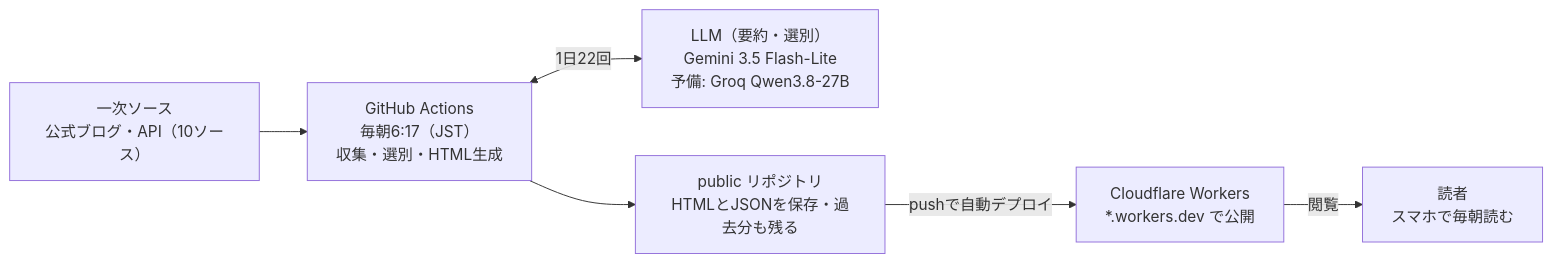
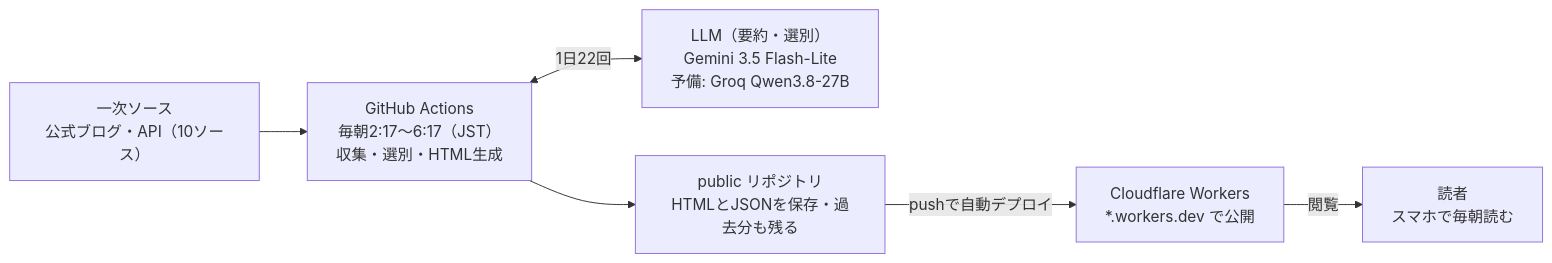
One commit to appdevelopmentworks/ohayo-ai changed the diagram in docs/requirements.md. Above: the diagram before and after it, drawn with Mermaid. The commit also changed other lines of this file and 7 other files, not shown here.

````diff
--- a/docs/requirements.md
+++ b/docs/requirements.md
@@ -17,8 +17,8 @@
 ```mermaid
 flowchart LR
-  S["一次ソース<br>公式ブログ・API（10ソース）"] --> A["GitHub Actions<br>毎朝6:17（JST）<br>収集・選別・HTML生成"]
+  S["一次ソース<br>公式ブログ・API（10ソース）"] --> A["GitHub Actions<br>毎朝2:17〜6:17（JST）<br>収集・選別・HTML生成"]
   A <-->|1日22回| L["LLM（要約・選別）<br>Gemini 3.5 Flash-Lite<br>予備: Groq Qwen3.8-27B"]
   A --> R["public リポジトリ<br>HTMLとJSONを保存・過去分も残る"]
   R -->|pushで自動デプロイ| W["Cloudflare Workers<br>*.workers.dev で公開"]
   W -->|閲覧| U["読者<br>スマホで毎朝読む"]
 ```
````
